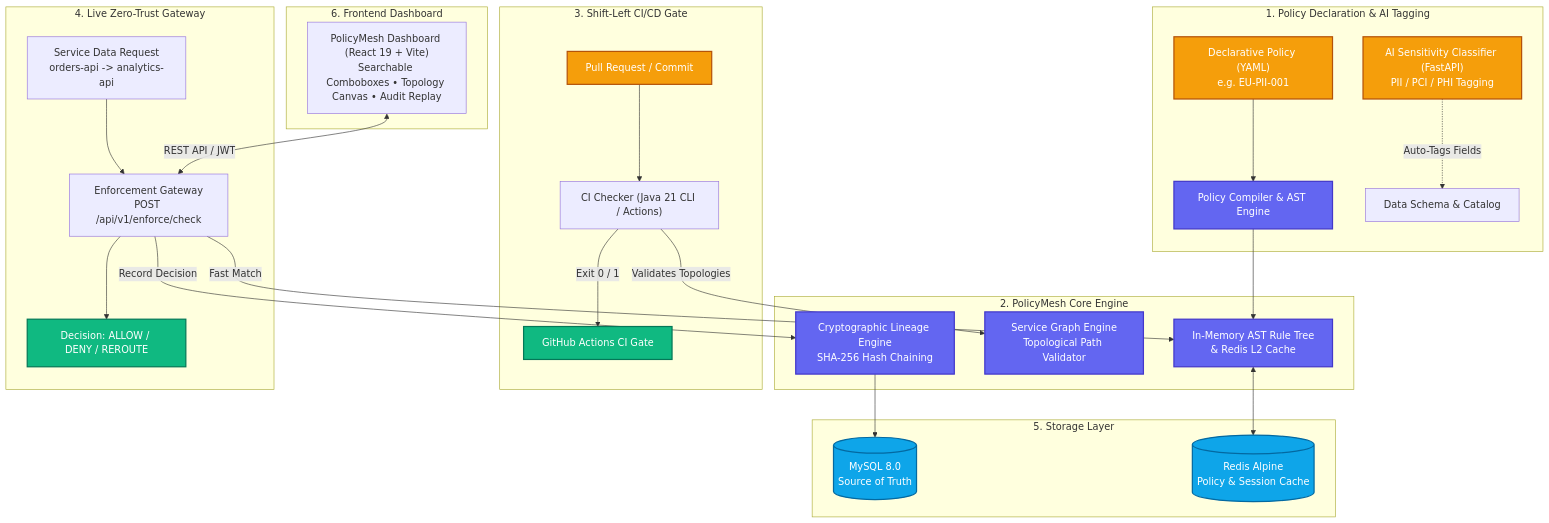
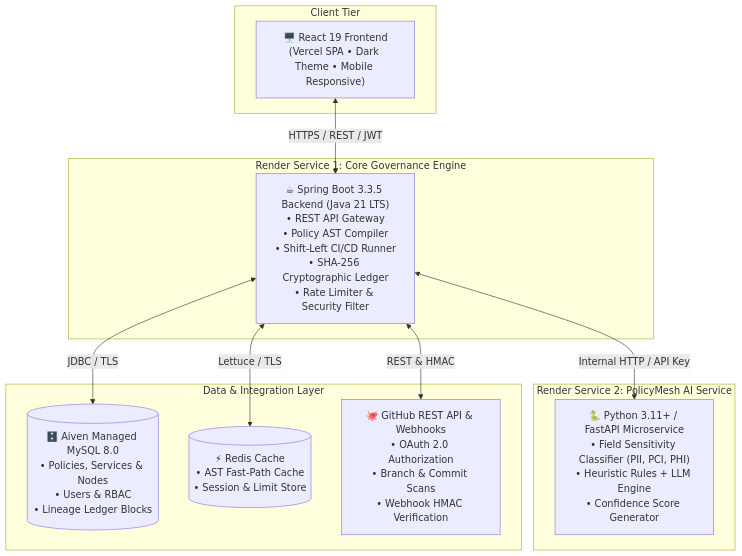
One commit to VishalRajExe/PolicyMesh changed the second of 5 diagrams in README.md. Above: the diagram before and after it, drawn with Mermaid. The commit also changed other lines of this file, not shown here.

Commit message:
docs(readme): comprehensive modern redesign reflecting current architecture, features, security, and live deployment

````diff
--- a/README.md
+++ b/README.md
@@ -93,48 +142,26 @@
 ```mermaid
 flowchart TB
-    subgraph Governance["1. Policy Declaration & AI Tagging"]
-        YAML["Declarative Policy (YAML)\ne.g. EU-PII-001"] --> Compiler["Policy Compiler & AST Engine"]
-        AI["AI Sensitivity Classifier (FastAPI)\nPII / PCI / PHI Tagging"] -.->|Auto-Tags Fields| Schema["Data Schema & Catalog"]
+    subgraph Client["Client Tier"]
+        Browser["🖥️ React 19 Frontend\n(Vercel SPA • Dark Theme • Mobile Responsive)"]
     end
 
-    subgraph Core["2. PolicyMesh Core Engine"]
-        Compiler --> ASTCache["In-Memory AST Rule Tree\n& Redis L2 Cache"]
-        GraphEngine["Service Graph Engine\nTopological Path Validator"]
-        LineageLedger["Cryptographic Lineage Engine\nSHA-256 Hash Chaining"]
+    subgraph BackendTier["Render Service 1: Core Governance Engine"]
+        SpringBoot["☕ Spring Boot 3.3.5 Backend (Java 21 LTS)\n• REST API Gateway\n• Policy AST Compiler\n• Shift-Left CI/CD Runner\n• SHA-256 Cryptographic Ledger\n• Rate Limiter & Security Filter"]
     end
 
-    subgraph CI["3. Shift-Left CI/CD Gate"]
-        PR["Pull Request / Commit"] --> CICLI["CI Checker (Java 21 CLI / Actions)"]
-        CICLI -->|Validates Topologies| GraphEngine
-        CICLI -->|Exit 0 / 1| GHA["GitHub Actions CI Gate"]
+    subgraph AITier["Render Service 2: PolicyMesh AI Service"]
+        FastAPI["🐍 Python 3.11+ / FastAPI Microservice\n• Field Sensitivity Classifier (PII, PCI, PHI)\n• Heuristic Rules + LLM Engine\n• Confidence Score Generator"]
     end
 
-    subgraph Runtime["4. Live Zero-Trust Gateway"]
-        ServiceReq["Service Data Request\norders-api -> analytics-api"] --> EnforceAPI["Enforcement Gateway\nPOST /api/v1/enforce/check"]
-        EnforceAPI -->|Fast Match| ASTCache
-        EnforceAPI -->|Record Decision| LineageLedger
-        EnforceAPI --> Decision["Decision: ALLOW / DENY / REROUTE"]
+    subgraph DataTier["Data & Integration Layer"]
+        MySQL[("🗄️ Aiven Managed MySQL 8.0\n• Policies, Services & Nodes\n• Users & RBAC\n• Lineage Ledger Blocks")]
+        Redis[("⚡ Redis Cache\n• AST Fast-Path Cache\n• Session & Limit Store")]
+        GitHubAPI["🐙 GitHub REST API & Webhooks\n• OAuth 2.0 Authorization\n• Branch & Commit Scans\n• Webhook HMAC Verification"]
     end
 
-    subgraph Persistence["5. Storage Layer"]
-        MySQL[(MySQL 8.0\nSource of Truth)]
-        Redis[(Redis Alpine\nPolicy & Session Cache)]
-        LineageLedger --> MySQL
-        ASTCache <--> Redis
-    end
-
-    subgraph Web["6. Frontend Dashboard"]
-        ReactUI["PolicyMesh Dashboard (React 19 + Vite)\nSearchable Comboboxes • Topology Canvas • Audit Replay"]
-        ReactUI <-->|REST API / JWT| EnforceAPI
-    end
-
-    classDef brand fill:#6366f1,stroke:#4338ca,stroke-width:2px,color:#fff;
-    classDef success fill:#10b981,stroke:#047857,stroke-width:2px,color:#fff;
-    classDef warn fill:#f59e0b,stroke:#b45309,stroke-width:2px,color:#fff;
-    classDef db fill:#0ea5e9,stroke:#0369a1,stroke-width:2px,color:#fff;
-
-    class Compiler,ASTCache,GraphEngine,LineageLedger brand;
-    class Decision,GHA success;
-    class MySQL,Redis db;
-    class YAML,AI,PR warn;
+    Browser <-->|HTTPS / REST / JWT| SpringBoot
+    SpringBoot <-->|Internal HTTP / API Key| FastAPI
+    SpringBoot <-->|JDBC / TLS| MySQL
+    SpringBoot <-->|Lettuce / TLS| Redis
+    SpringBoot <-->|REST & HMAC| GitHubAPI
 ```
````
